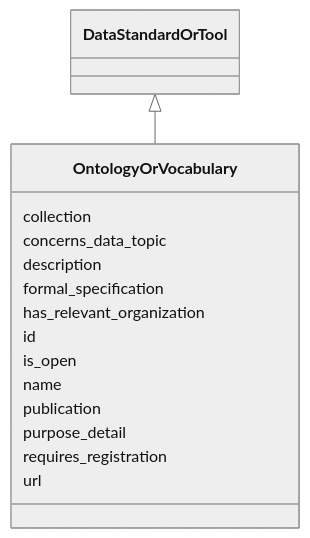
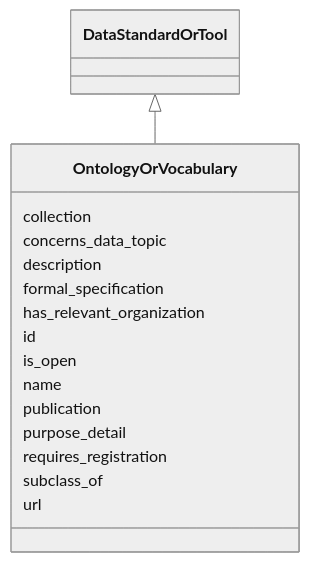
The diagram in docs/OntologyOrVocabulary.md (bridge2ai/standards-schemas), drawn with Mermaid (neutral theme) before and after one commit. The commit also changed other lines of this file and 57 other files, not shown here.

````diff
--- a/docs/OntologyOrVocabulary.md
+++ b/docs/OntologyOrVocabulary.md
@@ -10,19 +11,20 @@
 ```mermaid
  classDiagram
     class OntologyOrVocabulary
       DataStandardOrTool <|-- OntologyOrVocabulary
       
       OntologyOrVocabulary : collection
       OntologyOrVocabulary : concerns_data_topic
       OntologyOrVocabulary : description
       OntologyOrVocabulary : formal_specification
       OntologyOrVocabulary : has_relevant_organization
       OntologyOrVocabulary : id
       OntologyOrVocabulary : is_open
       OntologyOrVocabulary : name
       OntologyOrVocabulary : publication
       OntologyOrVocabulary : purpose_detail
       OntologyOrVocabulary : requires_registration
+      OntologyOrVocabulary : subclass_of
       OntologyOrVocabulary : url
       
 ```
````
